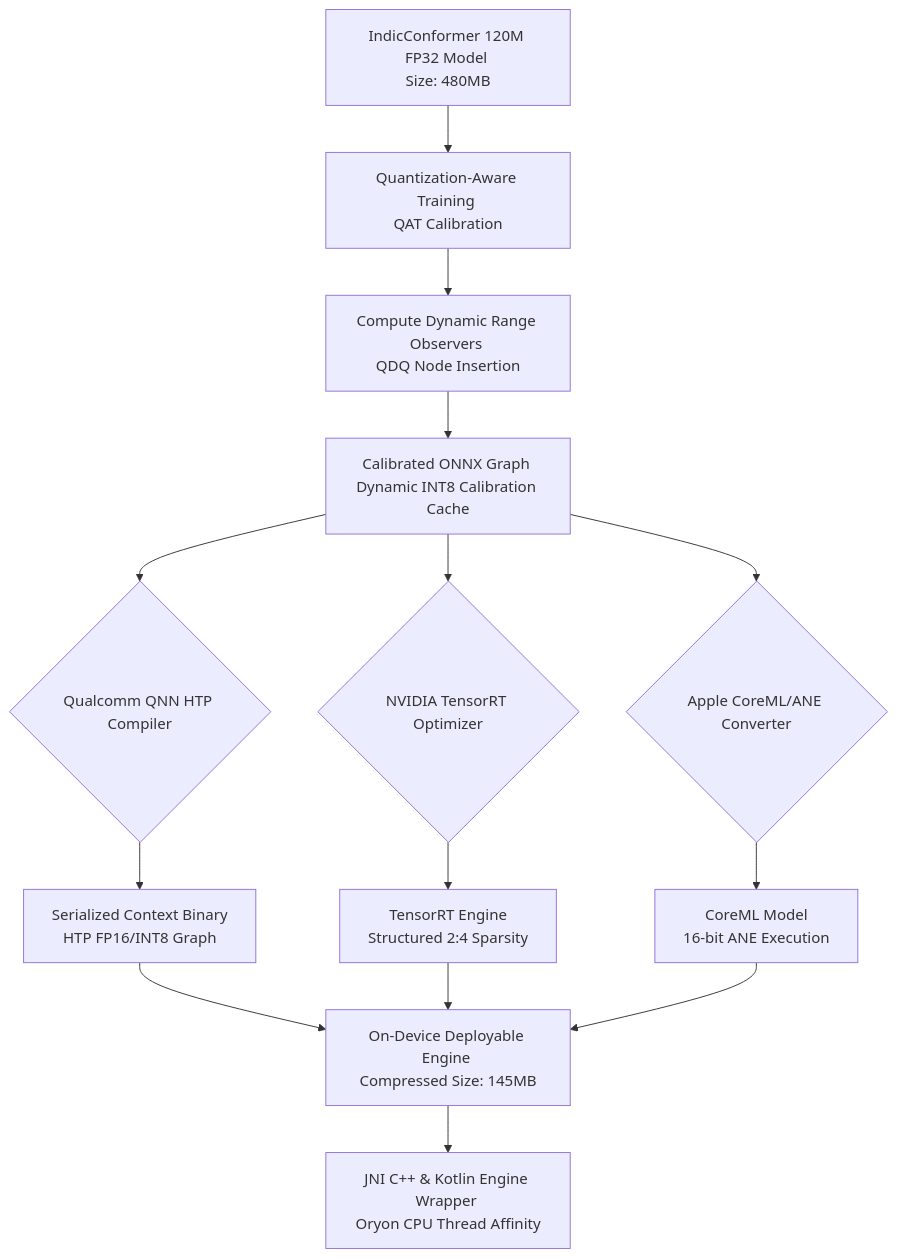
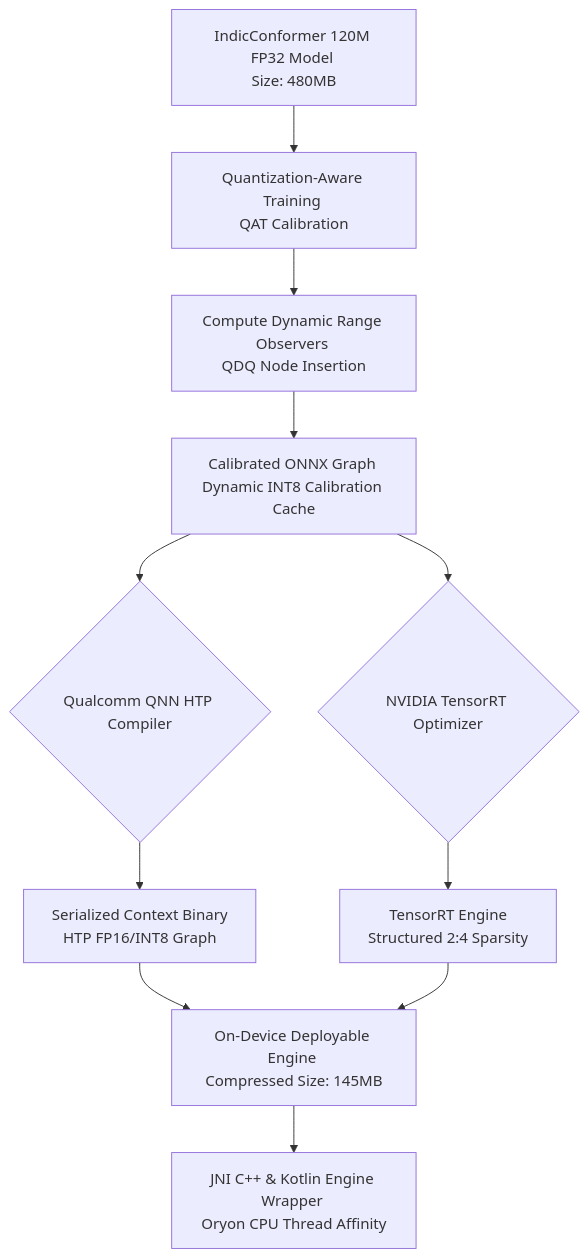
Before and after one commit to Solorush2021/EdgeDeploy-Inference: the diagram in README.md, drawn with Mermaid. The commit also changed other lines of this file and 5 other files, not shown here.

````diff
--- a/README.md
+++ b/README.md
@@ -16,16 +16,13 @@
 ```mermaid
 graph TD
     A[IndicConformer 120M FP32 Model <br>Size: 480MB] --> B[Quantization-Aware Training <br>QAT Calibration]
     B --> C[Compute Dynamic Range Observers <br>QDQ Node Insertion]
     C --> D[Calibrated ONNX Graph <br>Dynamic INT8 Calibration Cache]
     D --> E1{Qualcomm QNN HTP Compiler}
     D --> E2{NVIDIA TensorRT Optimizer}
-    D --> E3{Apple CoreML/ANE Converter}
     E1 --> F1[Serialized Context Binary <br>HTP FP16/INT8 Graph]
     E2 --> F2[TensorRT Engine <br>Structured 2:4 Sparsity]
-    E3 --> F3[CoreML Model <br>16-bit ANE Execution]
     F1 --> G[On-Device Deployable Engine <br>Compressed Size: 145MB]
     F2 --> G
-    F3 --> G
     G --> H[JNI C++ & Kotlin Engine Wrapper <br>Oryon CPU Thread Affinity]
 ```
````
